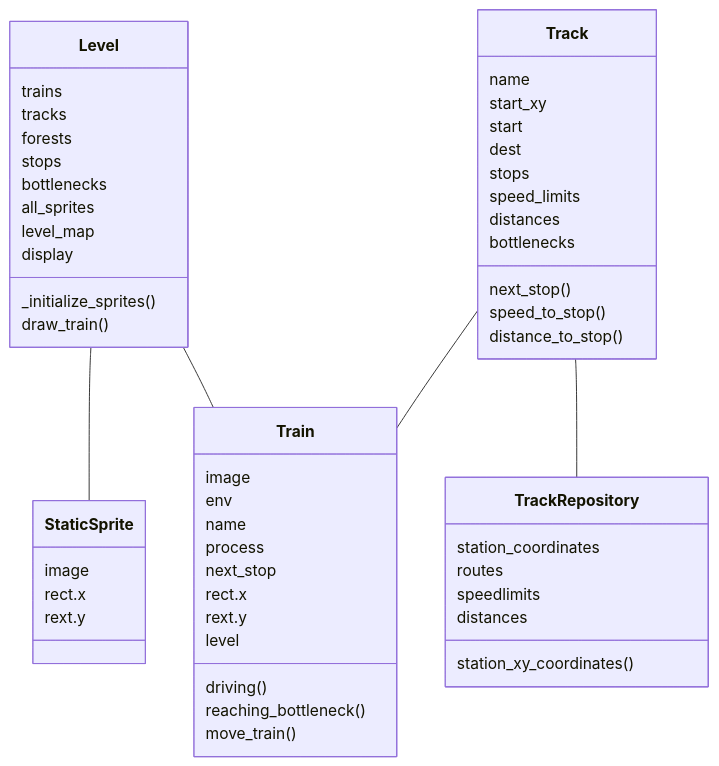
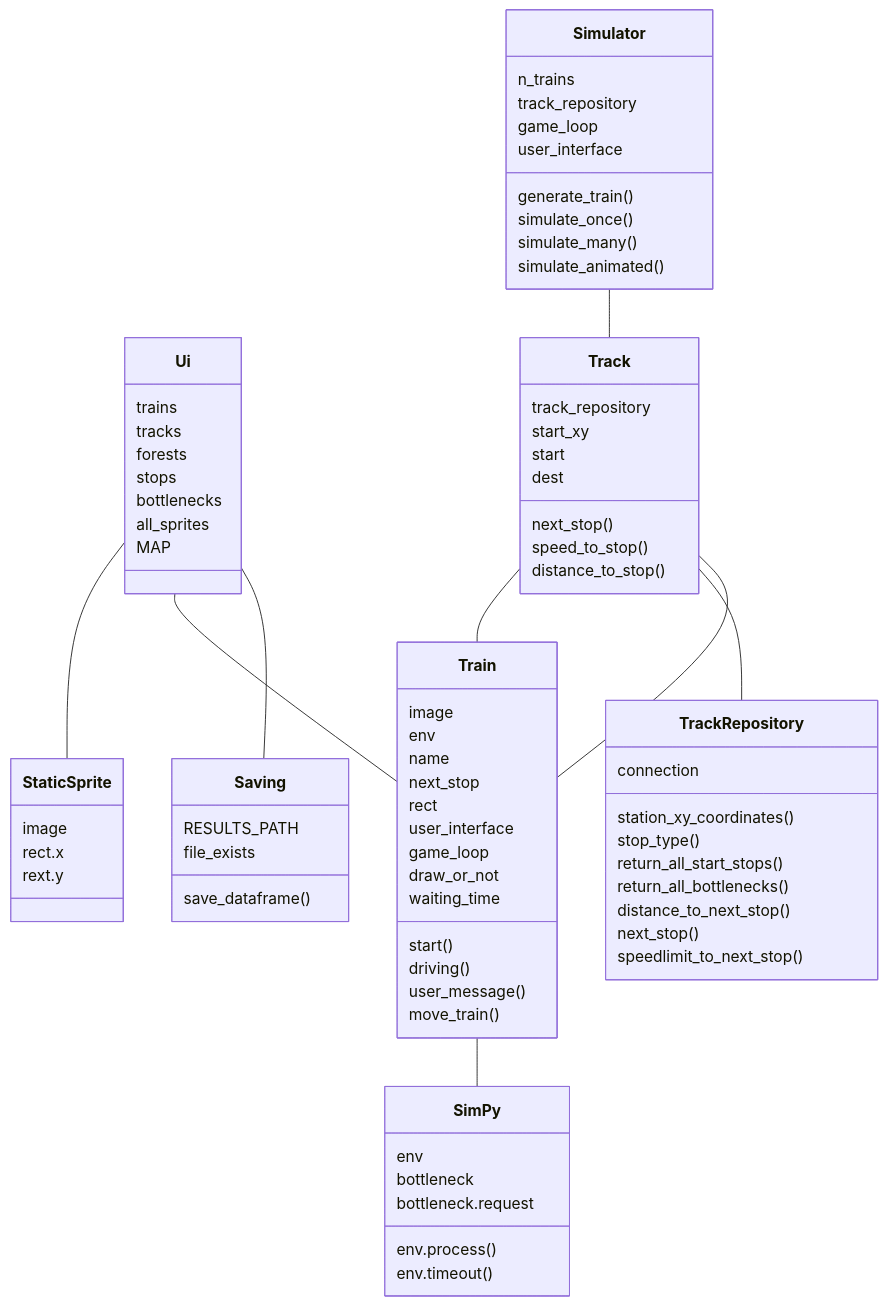
One commit to Samperius/ot-harjoitustyo changed the first of 2 diagrams in train-simulator/dokumentaatio/arkkitehtuuri.md. Above: the diagram before and after it, drawn with Mermaid. The commit also changed other lines of this file, not shown here.

````diff
--- a/train-simulator/dokumentaatio/arkkitehtuuri.md
+++ b/train-simulator/dokumentaatio/arkkitehtuuri.md
@@ -1,23 +10,22 @@
 ```mermaid
 classDiagram
- Level -- StaticSprite
- Level -- Train
+ Ui -- StaticSprite
+ Ui -- Train
  Track -- Train
  Track -- TrackRepository
+ Simulator -- Track
+ Track -- Train
+ Train -- SimPy
+ Ui -- Saving
 
-
- class Level{
+ class Ui{
  trains
  tracks
  forests
  stops
  bottlenecks
  all_sprites
- level_map
- display
- _initialize_sprites()
- draw_train()
- 
+ MAP
  
  }
  class StaticSprite{
@@ -27,36 +35,64 @@
  }
  
  class Track{
- name
+ track_repository
  start_xy
- start 
+ start
  dest
- stops
- speed_limits
- distances
- bottlenecks
  next_stop()
  speed_to_stop()
  distance_to_stop()
  }
+ 
  class Train{
  image
  env
  name
- process
  next_stop
- rect.x
- rext.y
- level
+ rect
+ user_interface
+ game_loop
+ draw_or_not
+ waiting_time
+ start()
  driving()
- reaching_bottleneck()
+ user_message()
  move_train()
   }
+  
  class TrackRepository{
- station_coordinates
- routes
- speedlimits
- distances
+ connection
  station_xy_coordinates()
+ stop_type()
+ return_all_start_stops()
+ return_all_bottlenecks()
+ distance_to_next_stop()
+ next_stop()
+ speedlimit_to_next_stop() 
  }
+ 
+ class Simulator{
+ n_trains
+ track_repository
+ game_loop
+ user_interface
+ generate_train()
+ simulate_once()
+ simulate_many()
+ simulate_animated()
+ }
+ 
+ class Saving{
+ RESULTS_PATH
+ file_exists
+ save_dataframe()
+ }
+ class SimPy{
+ env
+ bottleneck
+ env.process()
+ env.timeout()
+ bottleneck.request
+ }
+ 
  ```
````
